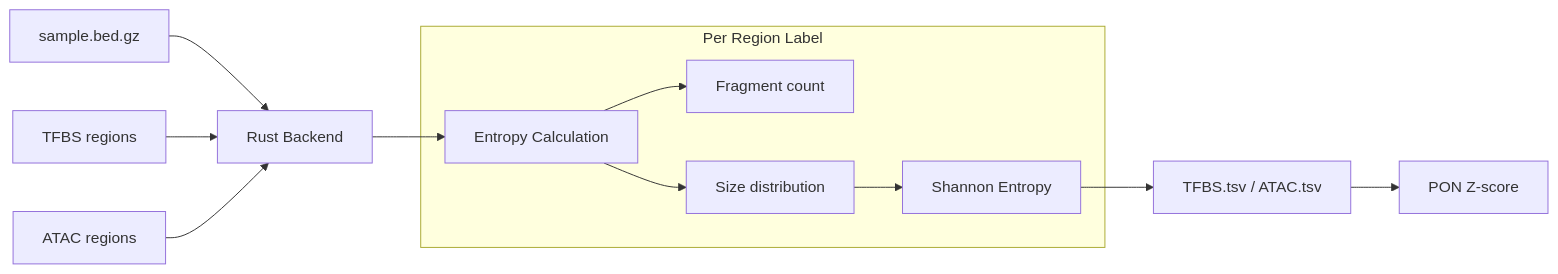
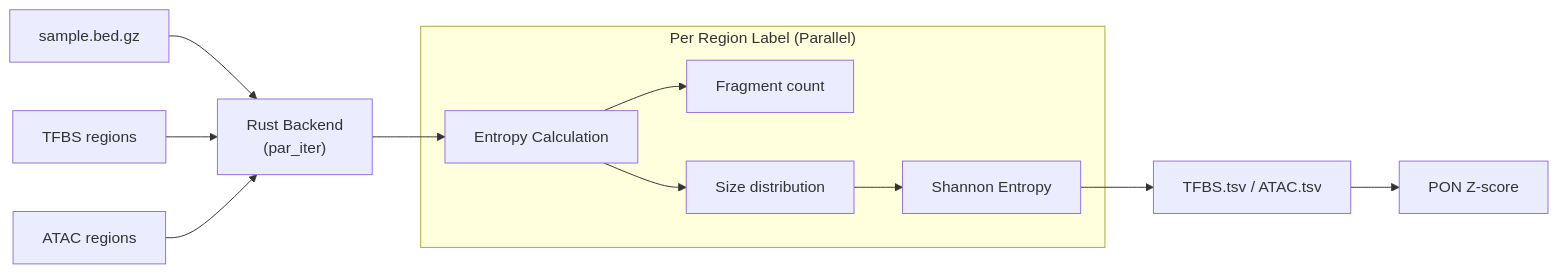
The first of 2 diagrams in docs/features/region-entropy.md (msk-access/krewlyzer), drawn with Mermaid before and after one commit. The commit also changed other lines of this file and 11 other files, not shown here.

First line of the commit message:
Enable parallel sample processing and resource detection

````diff
--- a/docs/features/region-entropy.md
+++ b/docs/features/region-entropy.md
@@ -60,17 +60,17 @@
 ```mermaid
 flowchart LR
-    BED["sample.bed.gz"] --> RUST["Rust Backend"]
+    BED["sample.bed.gz"] --> RUST["Rust Backend<br/>(par_iter)"]
     TFBS["TFBS regions"] --> RUST
     ATAC["ATAC regions"] --> RUST
     
     RUST --> ENTROPY["Entropy Calculation"]
     
-    subgraph "Per Region Label"
+    subgraph "Per Region Label (Parallel)"
         ENTROPY --> COUNT["Fragment count"]
         ENTROPY --> SIZES["Size distribution"]
         SIZES --> SHANNON["Shannon Entropy"]
     end
     
     SHANNON --> TSV["TFBS.tsv / ATAC.tsv"]
     TSV --> PON["PON Z-score"]
 ```
````
